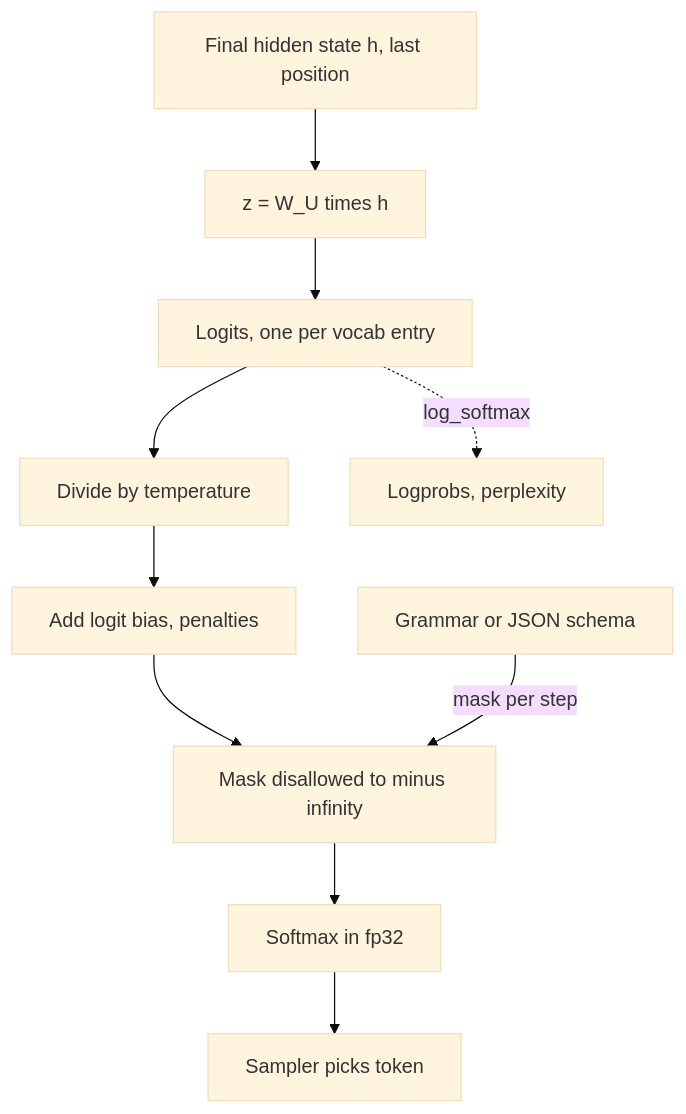
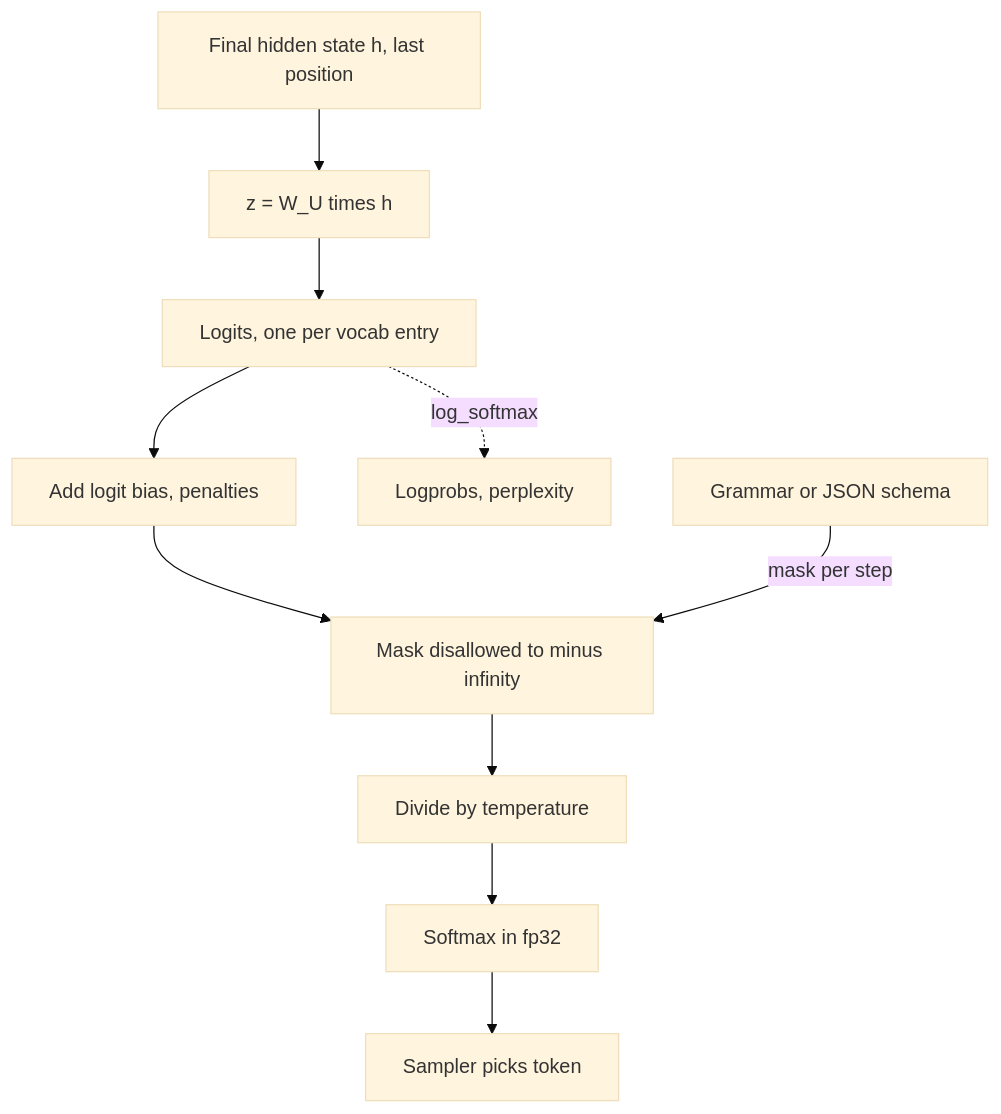
One commit to lovishmahajan97/agentic-learning changed the diagram in content/model-internals/logits.md. Above: the diagram before and after it, drawn with Mermaid (base theme). The commit also changed other lines of this file and 213 other files, not shown here.

````diff
--- a/content/model-internals/logits.md
+++ b/content/model-internals/logits.md
@@ -98,12 +99,12 @@
 ```mermaid
 flowchart TD
     H["Final hidden state h, last position"] --> U["z = W_U times h"]
     U --> Z["Logits, one per vocab entry"]
-    Z --> T["Divide by temperature"]
-    T --> B["Add logit bias, penalties"]
+    Z --> B["Add logit bias, penalties"]
     B --> M["Mask disallowed to minus infinity"]
-    M --> S["Softmax in fp32"]
+    M --> T["Divide by temperature"]
+    T --> S["Softmax in fp32"]
     S --> SM["Sampler picks token"]
     Z -.->|"log_softmax"| L["Logprobs, perplexity"]
     G["Grammar or JSON schema"] -->|"mask per step"| M
 ```
````
